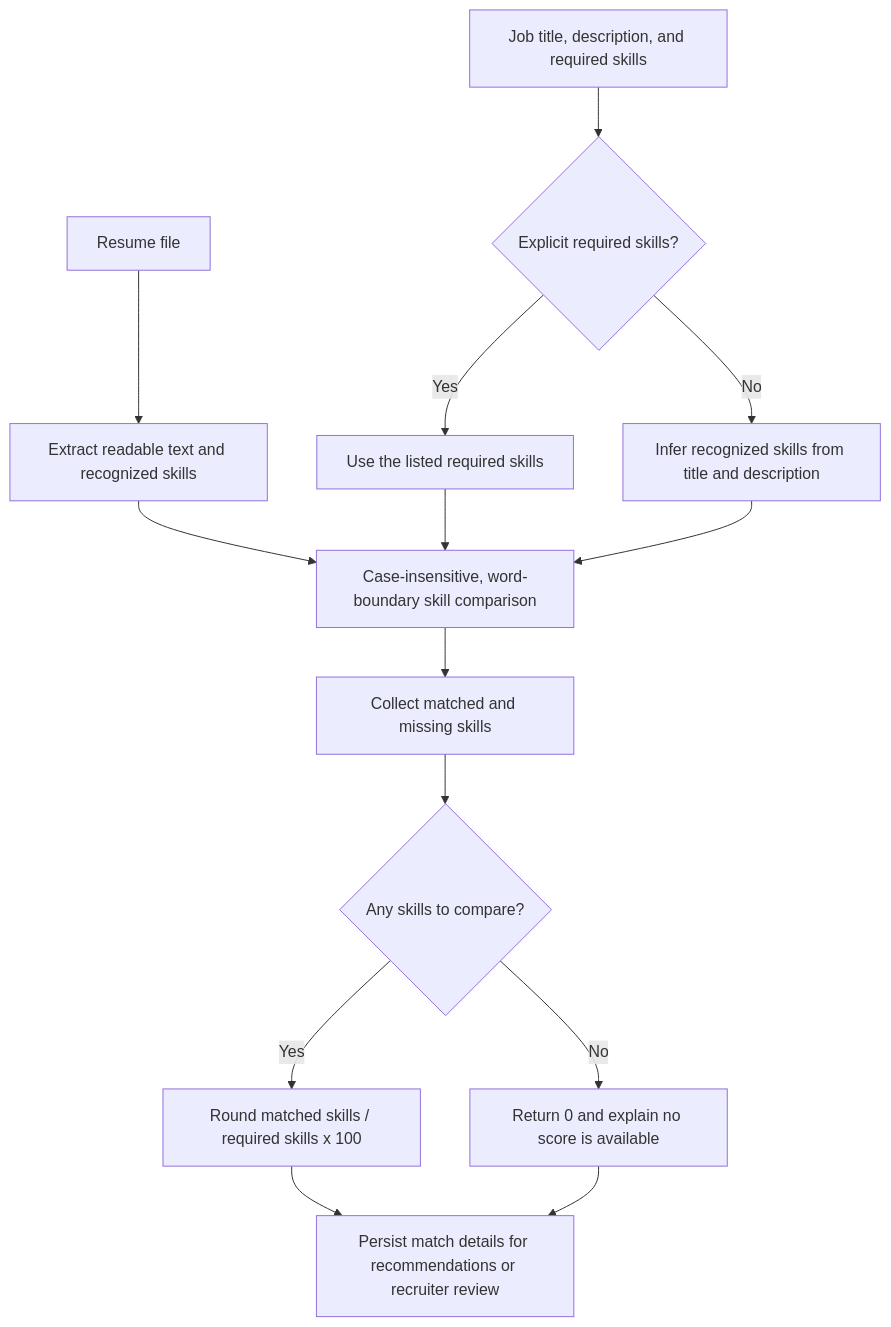
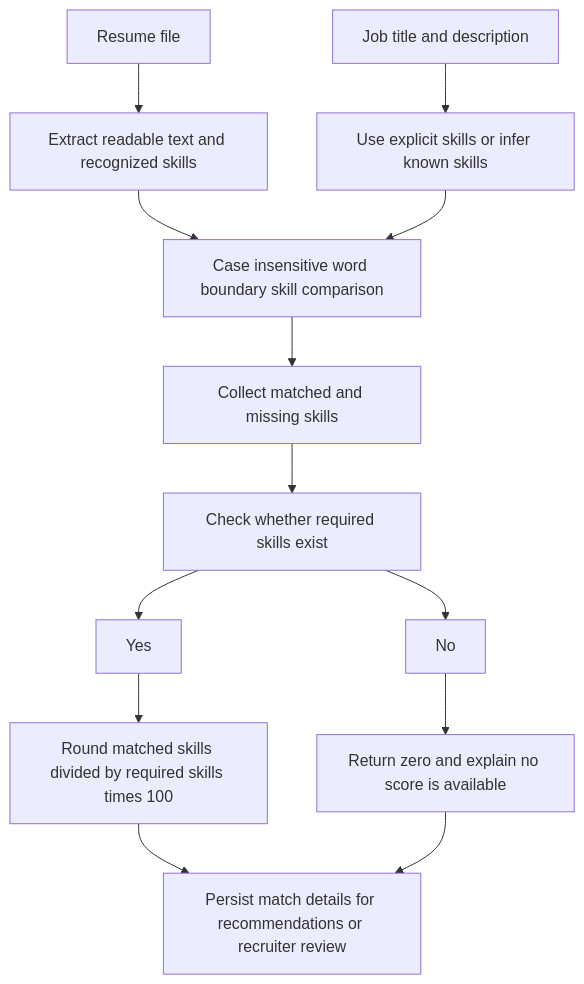
Before and after one commit to monishacd/AWS-based-applicant-tracking-system: the fourth of 4 diagrams in README.md, drawn with Mermaid. The commit also changed other lines of this file, not shown here.

````diff
--- a/README.md
+++ b/README.md
@@ -674,16 +674,15 @@
 ```mermaid
-flowchart TD
+graph TD
     Resume[Resume file] --> Text[Extract readable text and recognized skills]
-    Job[Job title, description, and required skills] --> HasSkills{Explicit required skills?}
-    HasSkills -->|Yes| Required[Use the listed required skills]
-    HasSkills -->|No| Infer[Infer recognized skills from title and description]
-    Text --> Compare[Case-insensitive, word-boundary skill comparison]
+    Job[Job title and description] --> Required[Use explicit skills or infer known skills]
+    Text --> Compare[Case insensitive word boundary skill comparison]
     Required --> Compare
-    Infer --> Compare
     Compare --> Explain[Collect matched and missing skills]
-    Explain --> AnyRequired{Any skills to compare?}
-    AnyRequired -->|Yes| Score[Round matched skills / required skills x 100]
-    AnyRequired -->|No| NoScore[Return 0 and explain no score is available]
+    Explain --> Check[Check whether required skills exist]
+    Check --> Yes[Yes]
+    Check --> No[No]
+    Yes --> Score[Round matched skills divided by required skills times 100]
+    No --> NoScore[Return zero and explain no score is available]
     Score --> Result[Persist match details for recommendations or recruiter review]
     NoScore --> Result
 ```
````
